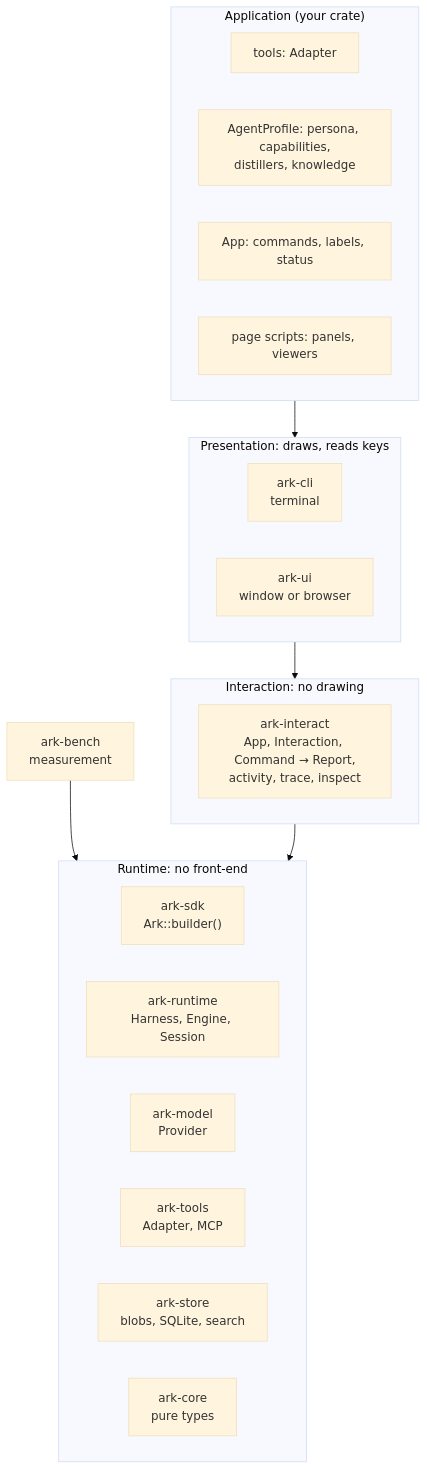
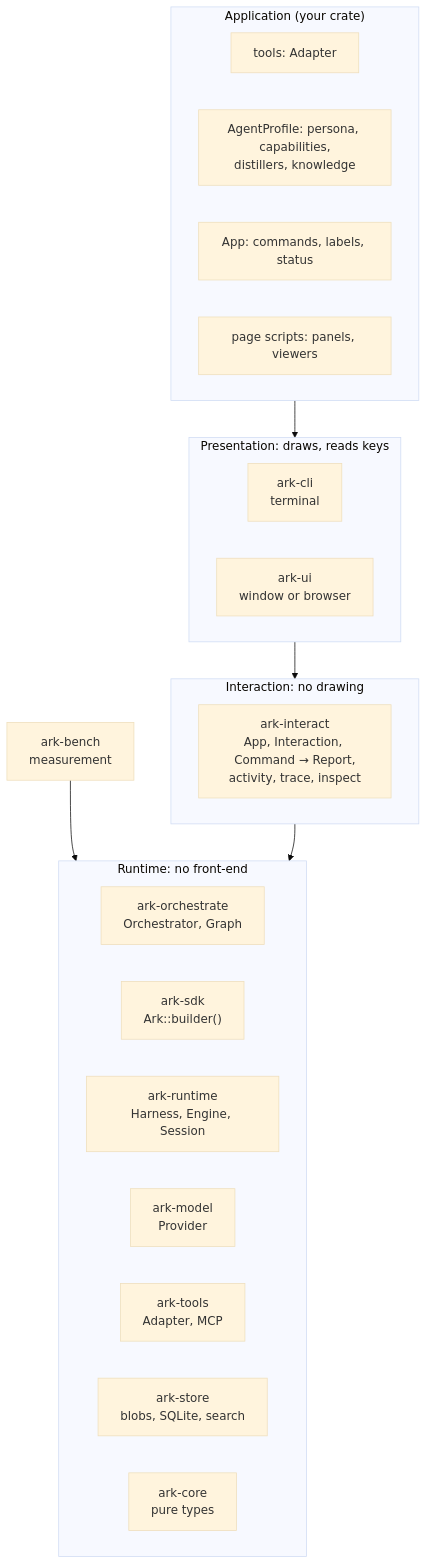
The first of 5 diagrams in docs/ARCHITECTURE.md (0x00vb/ARK), drawn with Mermaid (base theme) before and after one commit. The commit also changed other lines of this file and 61 other files, not shown here.

````diff
--- a/docs/ARCHITECTURE.md
+++ b/docs/ARCHITECTURE.md
@@ -8,29 +8,30 @@
 ```mermaid
 flowchart TB
     subgraph app["Application (your crate)"]
         direction LR
         tools["tools: Adapter"]
         profile["AgentProfile: persona, capabilities,<br/>distillers, knowledge"]
         appdesc["App: commands, labels, status"]
         pages["page scripts: panels, viewers"]
     end
     subgraph pres["Presentation: draws, reads keys"]
         direction LR
         cli["ark-cli<br/>terminal"]
         ui["ark-ui<br/>window or browser"]
     end
     subgraph inter["Interaction: no drawing"]
         ix["ark-interact<br/>App, Interaction, Command → Report,<br/>activity, trace, inspect"]
     end
     subgraph rt["Runtime: no front-end"]
         direction LR
+        orch["ark-orchestrate<br/>Orchestrator, Graph"]
         sdk["ark-sdk<br/>Ark::builder()"]
         runtime["ark-runtime<br/>Harness, Engine, Session"]
         model["ark-model<br/>Provider"]
         tl["ark-tools<br/>Adapter, MCP"]
         store["ark-store<br/>blobs, SQLite, search"]
         core["ark-core<br/>pure types"]
     end
     app --> pres --> inter --> rt
     bench["ark-bench<br/>measurement"] --> sdk
 ```
````
